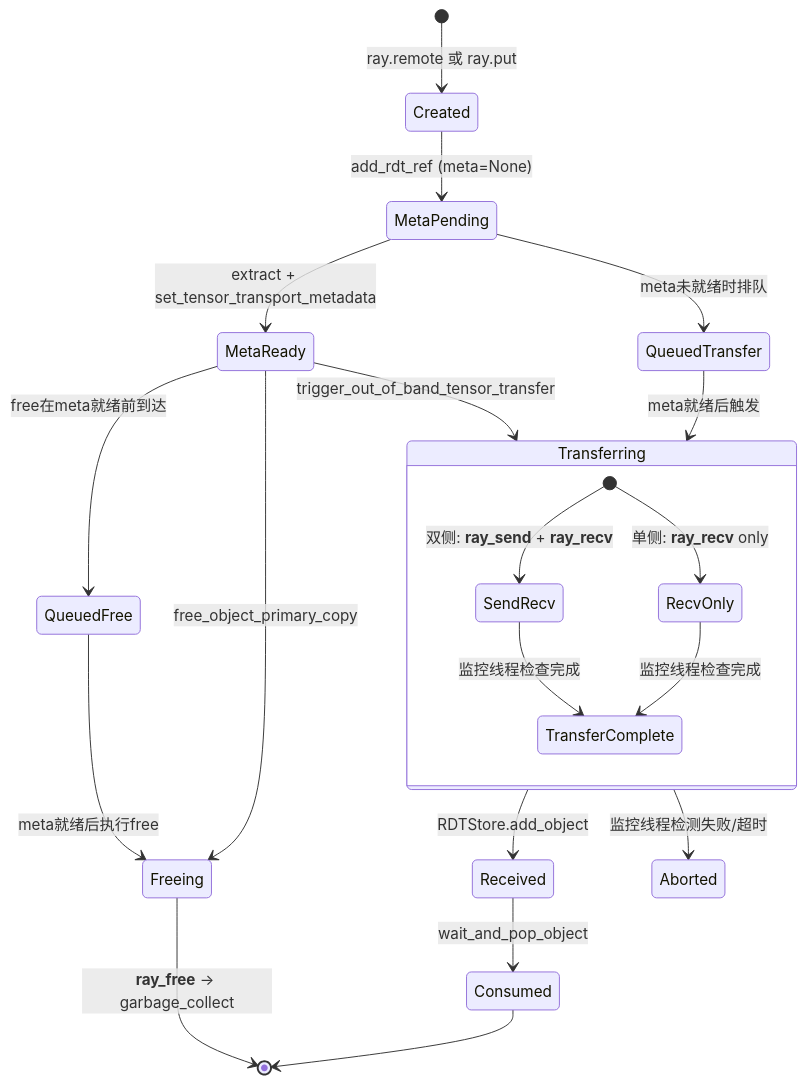
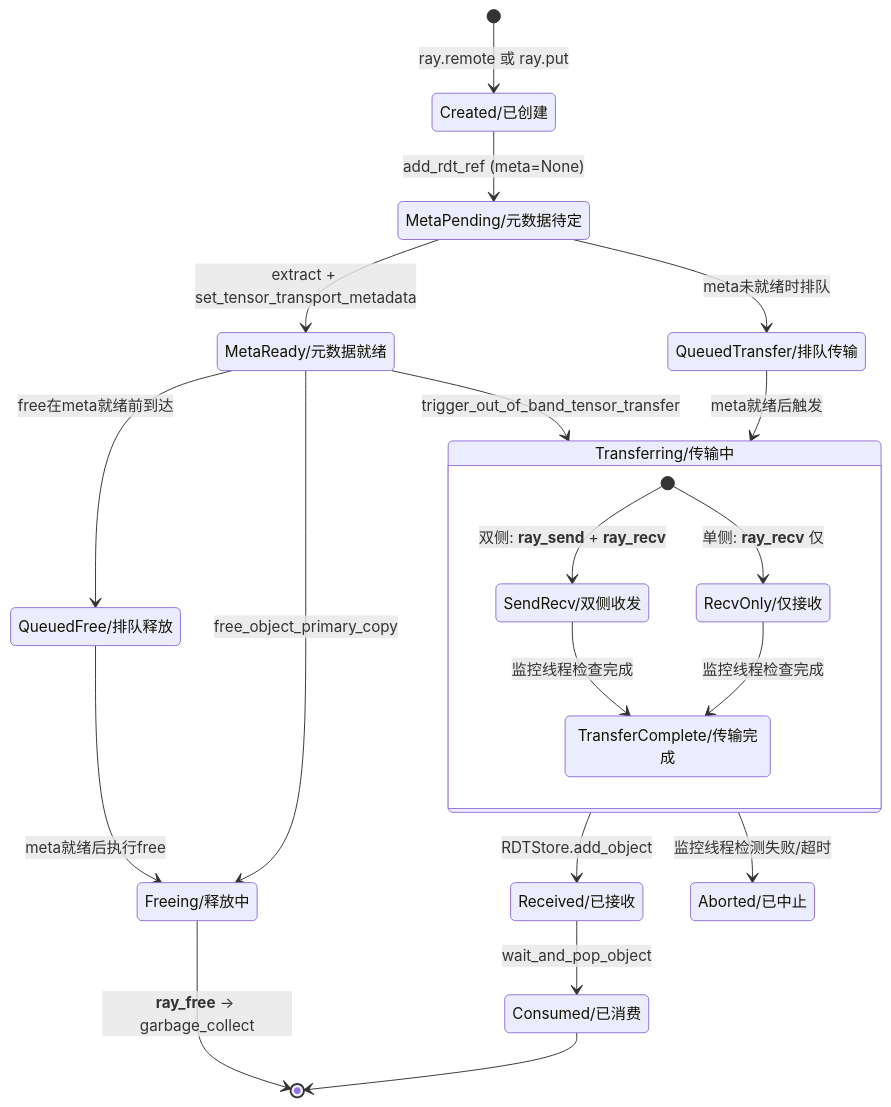
The fourth of 4 diagrams in doc/source/ray-core/direct-transport/rdt-architecture-analysis.md (wangguimin18-boop/ray-project), drawn with Mermaid before and after one commit. The commit also changed other lines of this file and 2 other files, not shown here.

Commit message:
翻译: P4文档文件英文内容添加中文翻译（rdt-architecture-analysis.md、direct-transport.rst、custom-tensor-transport.rst）

````diff
--- a/doc/source/ray-core/direct-transport/rdt-architecture-analysis.md
+++ b/doc/source/ray-core/direct-transport/rdt-architecture-analysis.md
@@ -561,28 +563,51 @@
 ```mermaid
 stateDiagram-v2
+    %% 状态名声明：保留英文标识符，添加中文显示名
+    state "Created/已创建" as Created
+    state "MetaPending/元数据待定" as MetaPending
+    state "MetaReady/元数据就绪" as MetaReady
+    state "QueuedTransfer/排队传输" as QueuedTransfer
+    state "Transferring/传输中" as Transferring
+    state "Received/已接收" as Received
+    state "Consumed/已消费" as Consumed
+    state "QueuedFree/排队释放" as QueuedFree
+    state "Freeing/释放中" as Freeing
+    state "Aborted/已中止" as Aborted
+
     [*] --> Created : ray.remote 或 ray.put
+    %% add_rdt_ref (meta=None) → 注册引用，元数据为空
     Created --> MetaPending : add_rdt_ref (meta=None)
+    %% extract + set_tensor_transport_metadata → 提取 + 设置 Tensor 传输元数据
     MetaPending --> MetaReady : extract + set_tensor_transport_metadata
 
     MetaPending --> QueuedTransfer : meta未就绪时排队
     QueuedTransfer --> Transferring : meta就绪后触发
+    %% trigger_out_of_band_tensor_transfer → 触发带外 Tensor 传输
     MetaReady --> Transferring : trigger_out_of_band_tensor_transfer
 
     state Transferring {
+        %% 复合状态内部子状态声明
+        state "SendRecv/双侧收发" as SendRecv
+        state "RecvOnly/仅接收" as RecvOnly
+        state "TransferComplete/传输完成" as TransferComplete
         [*] --> SendRecv : 双侧: __ray_send__ + __ray_recv__
-        [*] --> RecvOnly : 单侧: __ray_recv__ only
+        [*] --> RecvOnly : 单侧: __ray_recv__ 仅
         SendRecv --> TransferComplete : 监控线程检查完成
         RecvOnly --> TransferComplete : 监控线程检查完成
     }
 
+    %% RDTStore.add_object → 存入接收副本
     Transferring --> Received : RDTStore.add_object
+    %% wait_and_pop_object → 等待并取出对象
     Received --> Consumed : wait_and_pop_object
 
     MetaReady --> QueuedFree : free在meta就绪前到达
     QueuedFree --> Freeing : meta就绪后执行free
+    %% free_object_primary_copy → 释放主副本
     MetaReady --> Freeing : free_object_primary_copy
     Transferring --> Aborted : 监控线程检测失败/超时
 
+    %% __ray_free__（释放指令）→ garbage_collect（垃圾回收）
     Freeing --> [*] : __ray_free__ → garbage_collect
     Consumed --> [*]
 ```
````
